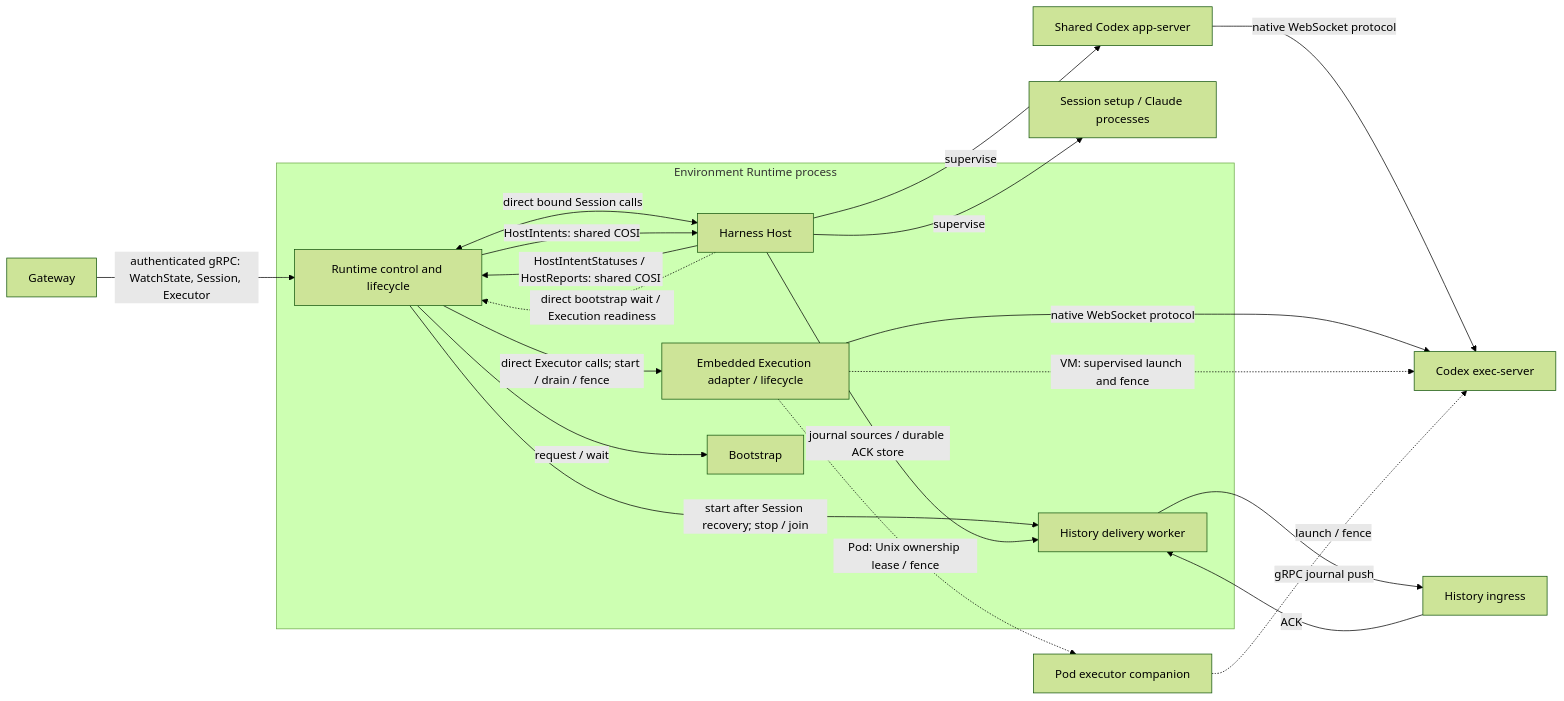
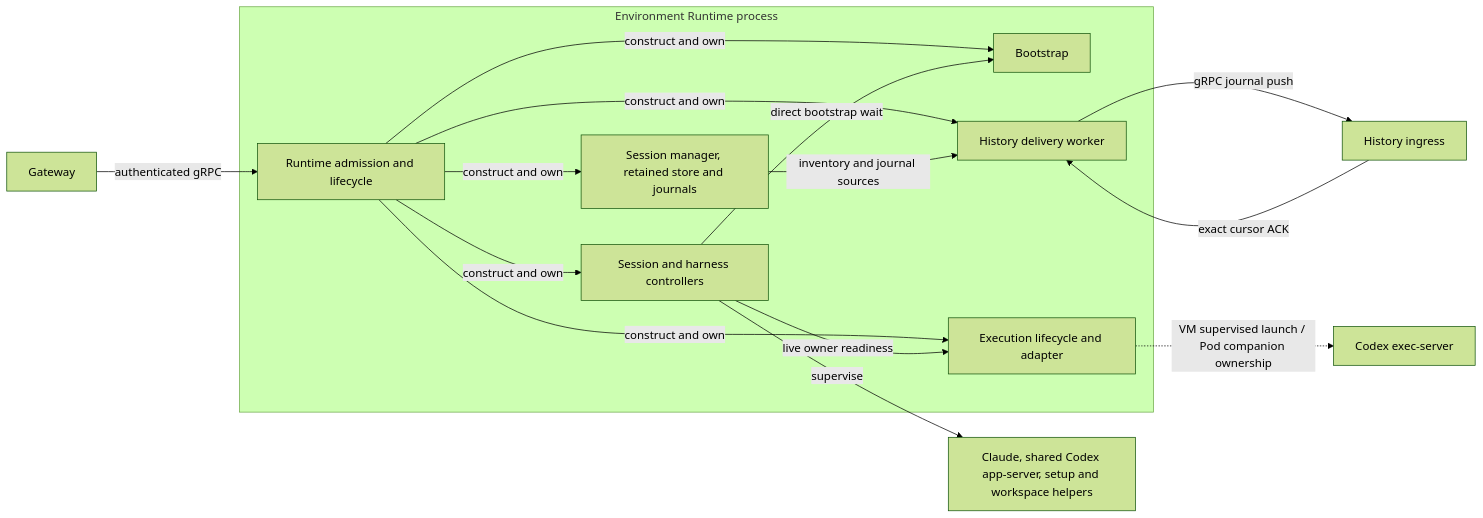
The first of 2 diagrams in agentplane/env/runtime/docs/lifecycle.md (agentydragon/ducktape), drawn with Mermaid (forest theme) before and after one commit. The commit also changed other lines of this file and 54 other files, not shown here.

Commit message:
Document one Runtime owner and direct component barriers

````diff
--- a/agentplane/env/runtime/docs/lifecycle.md
+++ b/agentplane/env/runtime/docs/lifecycle.md
@@ -14,28 +8,20 @@
 ```mermaid
 flowchart LR
-  G["Gateway"] -->|"authenticated gRPC: WatchState, Session, Executor"| R
+  G["Gateway"] -->|"authenticated gRPC"| R
   subgraph RuntimeProcess["Environment Runtime process"]
-    R["Runtime control and lifecycle"]
-    H["Harness Host"]
-    E["Embedded Execution adapter / lifecycle"]
+    R["Runtime admission and lifecycle"]
+    S["Session manager, retained store and journals"]
+    C["Session and harness controllers"]
     B["Bootstrap"]
-    IWorker["History delivery worker"]
-    R <-->|"direct bound Session calls"| H
-    R -->|"HostIntents: shared COSI"| H
-    H -->|"HostIntentStatuses / HostReports: shared COSI"| R
-    R -->|"direct Executor calls; start / drain / fence"| E
-    R -->|"request / wait"| B
-    R -->|"start after Session recovery; stop / join"| IWorker
-    H -.->|"direct bootstrap wait / Execution readiness"| R
+    E["Execution lifecycle and adapter"]
+    H["History delivery worker"]
+    R -->|"construct and own"| S & C & B & E & H
+    C -->|"direct bootstrap wait"| B
+    C -->|"live owner readiness"| E
+    S -->|"inventory and journal sources"| H
   end
-  H -->|"supervise"| S["Session setup / Claude processes"]
-  H -->|"supervise"| C["Shared Codex app-server"]
-  C -->|"native WebSocket protocol"| X["Codex exec-server"]
-  E -->|"native WebSocket protocol"| X
-  E -.->|"VM: supervised launch and fence"| X
-  E -.->|"Pod: Unix ownership lease / fence"| P["Pod executor companion"]
-  P -.->|"launch / fence"| X
-  H -->|"journal sources / durable ACK store"| IWorker
-  IWorker -->|"gRPC journal push"| I["History ingress"]
-  I -->|"ACK"| IWorker
+  C -->|"supervise"| Native["Claude, shared Codex app-server, setup and workspace helpers"]
+  E -.->|"VM supervised launch / Pod companion ownership"| X["Codex exec-server"]
+  H -->|"gRPC journal push"| History["History ingress"]
+  History -->|"exact cursor ACK"| H
 ```
````
